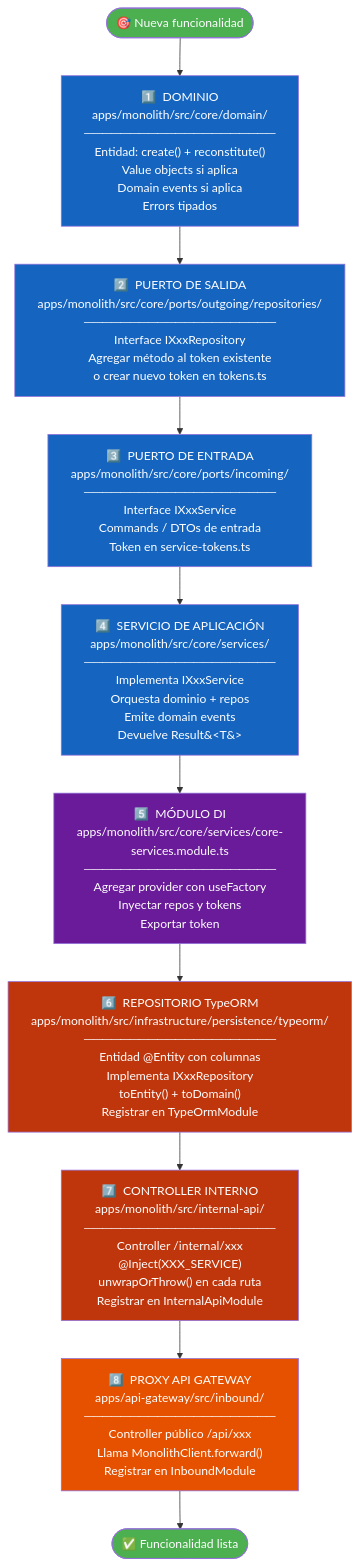
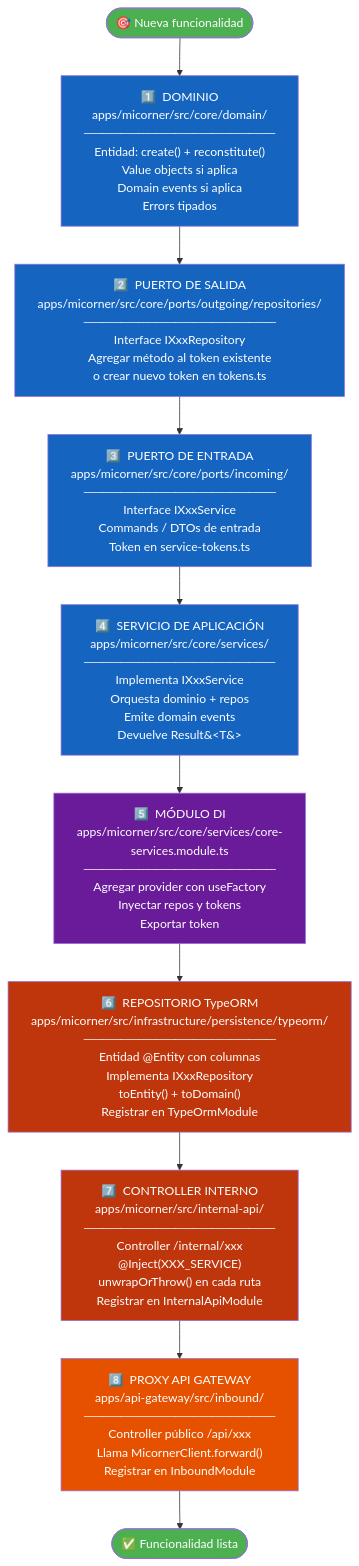
One commit to maironcuellomartinez/monorepo-service changed the fifth of 7 diagrams in monolito-event-corner_v3/docs/er-diagram.md. Above: the diagram before and after it, drawn with Mermaid. The commit also changed other lines of this file and 313 other files, not shown here.

First line of the commit message:
refactor: renombrar la app monolith -> micorner en todo el monorepo

````diff
--- a/monolito-event-corner_v3/docs/er-diagram.md
+++ b/monolito-event-corner_v3/docs/er-diagram.md
@@ -1092,33 +1092,33 @@
 ```mermaid
 flowchart TD
     A([🎯 Nueva funcionalidad]) --> B
 
-    B["1️⃣  DOMINIO\napps/monolith/src/core/domain/\n─────────────────────\nEntidad: create() + reconstitute()\nValue objects si aplica\nDomain events si aplica\nErrors tipados"]
+    B["1️⃣  DOMINIO\napps/micorner/src/core/domain/\n─────────────────────\nEntidad: create() + reconstitute()\nValue objects si aplica\nDomain events si aplica\nErrors tipados"]
 
-    B --> C["2️⃣  PUERTO DE SALIDA\napps/monolith/src/core/ports/outgoing/repositories/\n─────────────────────\nInterface IXxxRepository\nAgregar método al token existente\no crear nuevo token en tokens.ts"]
+    B --> C["2️⃣  PUERTO DE SALIDA\napps/micorner/src/core/ports/outgoing/repositories/\n─────────────────────\nInterface IXxxRepository\nAgregar método al token existente\no crear nuevo token en tokens.ts"]
 
-    C --> D["3️⃣  PUERTO DE ENTRADA\napps/monolith/src/core/ports/incoming/\n─────────────────────\nInterface IXxxService\nCommands / DTOs de entrada\nToken en service-tokens.ts"]
+    C --> D["3️⃣  PUERTO DE ENTRADA\napps/micorner/src/core/ports/incoming/\n─────────────────────\nInterface IXxxService\nCommands / DTOs de entrada\nToken en service-tokens.ts"]
 
-    D --> E["4️⃣  SERVICIO DE APLICACIÓN\napps/monolith/src/core/services/\n─────────────────────\nImplementa IXxxService\nOrquesta dominio + repos\nEmite domain events\nDevuelve Result&#60;T&#62;"]
+    D --> E["4️⃣  SERVICIO DE APLICACIÓN\napps/micorner/src/core/services/\n─────────────────────\nImplementa IXxxService\nOrquesta dominio + repos\nEmite domain events\nDevuelve Result&#60;T&#62;"]
 
-    E --> F["5️⃣  MÓDULO DI\napps/monolith/src/core/services/core-services.module.ts\n─────────────────────\nAgregar provider con useFactory\nInyectar repos y tokens\nExportar token"]
+    E --> F["5️⃣  MÓDULO DI\napps/micorner/src/core/services/core-services.module.ts\n─────────────────────\nAgregar provider con useFactory\nInyectar repos y tokens\nExportar token"]
 
-    F --> G["6️⃣  REPOSITORIO TypeORM\napps/monolith/src/infrastructure/persistence/typeorm/\n─────────────────────\nEntidad @Entity con columnas\nImplementa IXxxRepository\ntoEntity() + toDomain()\nRegistrar en TypeOrmModule"]
+    F --> G["6️⃣  REPOSITORIO TypeORM\napps/micorner/src/infrastructure/persistence/typeorm/\n─────────────────────\nEntidad @Entity con columnas\nImplementa IXxxRepository\ntoEntity() + toDomain()\nRegistrar en TypeOrmModule"]
 
-    G --> H["7️⃣  CONTROLLER INTERNO\napps/monolith/src/internal-api/\n─────────────────────\nController /internal/xxx\n@Inject(XXX_SERVICE)\nunwrapOrThrow() en cada ruta\nRegistrar en InternalApiModule"]
+    G --> H["7️⃣  CONTROLLER INTERNO\napps/micorner/src/internal-api/\n─────────────────────\nController /internal/xxx\n@Inject(XXX_SERVICE)\nunwrapOrThrow() en cada ruta\nRegistrar en InternalApiModule"]
 
-    H --> I["8️⃣  PROXY API GATEWAY\napps/api-gateway/src/inbound/\n─────────────────────\nController público /api/xxx\nLlama MonolithClient.forward()\nRegistrar en InboundModule"]
+    H --> I["8️⃣  PROXY API GATEWAY\napps/api-gateway/src/inbound/\n─────────────────────\nController público /api/xxx\nLlama MicornerClient.forward()\nRegistrar en InboundModule"]
 
     I --> J([✅ Funcionalidad lista])
 
     style A fill:#4CAF50,color:#fff
     style J fill:#4CAF50,color:#fff
     style B fill:#1565C0,color:#fff
     style C fill:#1565C0,color:#fff
     style D fill:#1565C0,color:#fff
     style E fill:#1565C0,color:#fff
     style F fill:#6A1B9A,color:#fff
     style G fill:#BF360C,color:#fff
     style H fill:#BF360C,color:#fff
     style I fill:#E65100,color:#fff
 ```
````
